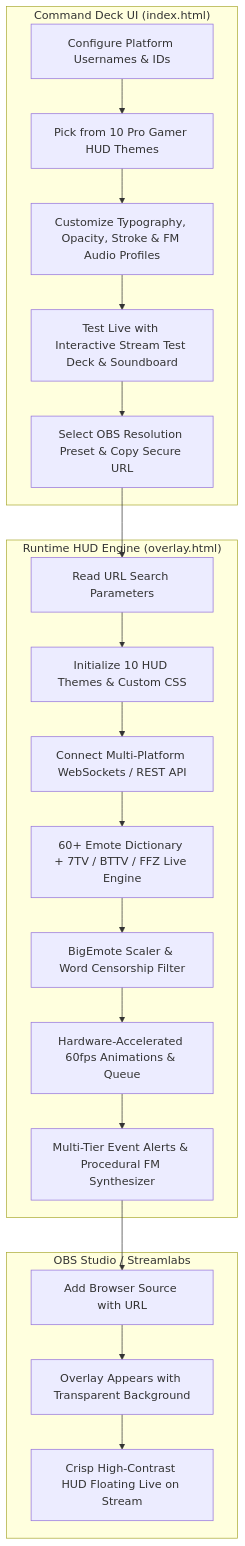
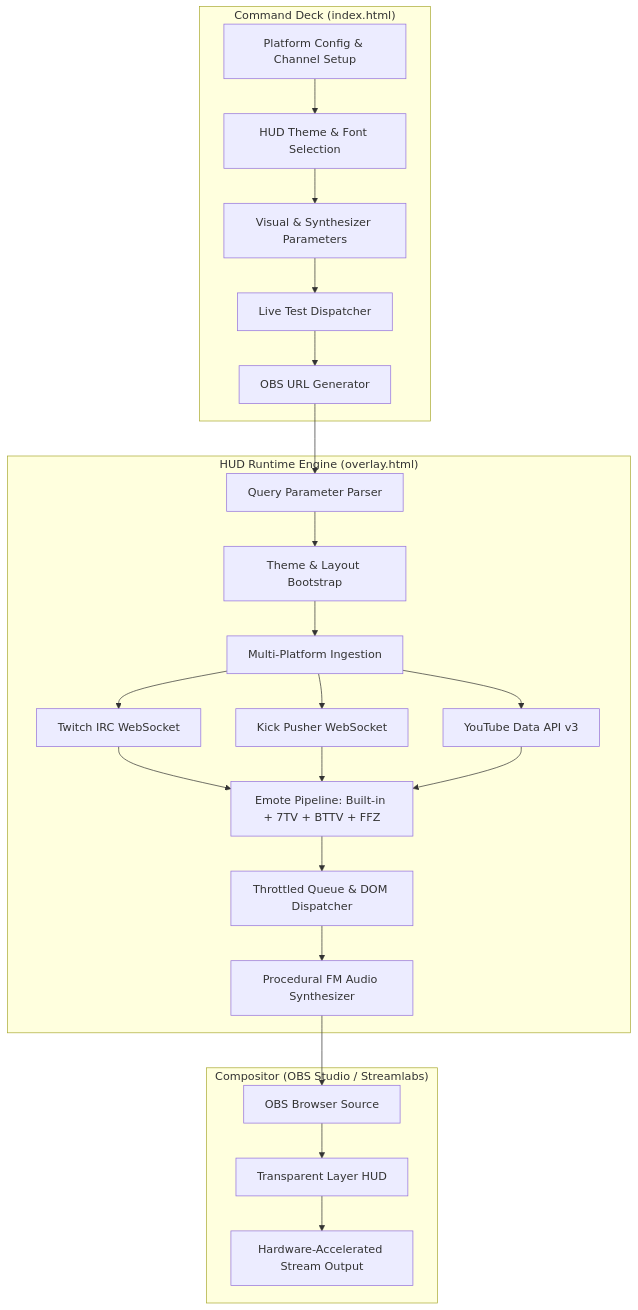
Before and after one commit to GamingOP69/Chat-overlay: the diagram in HOW_TO_USE.mmd, drawn with Mermaid. The commit also changed other lines of this file and 3 other files, not shown here.

Commit message:
refactor: update documentation and enhance overlay architecture for improved clarity and functionality

````diff
--- a/HOW_TO_USE.mmd
+++ b/HOW_TO_USE.mmd
@@ -3,26 +1,26 @@
-```mermaid
 flowchart TD
-  subgraph Config ["Command Deck UI (index.html)"]
-    A[Configure Platform Usernames & IDs] --> B[Pick from 10 Pro Gamer HUD Themes]
-    B --> C[Customize Typography, Opacity, Stroke & FM Audio Profiles]
-    C --> D[Test Live with Interactive Stream Test Deck & Soundboard]
-    D --> E[Select OBS Resolution Preset & Copy Secure URL]
-  end
+    subgraph ConfigDeck ["Command Deck (index.html)"]
+        A[Platform Config & Channel Setup] --> B[HUD Theme & Font Selection]
+        B --> C[Visual & Synthesizer Parameters]
+        C --> D[Live Test Dispatcher]
+        D --> E[OBS URL Generator]
+    end
 
-  subgraph Engine ["Runtime HUD Engine (overlay.html)"]
-    F[Read URL Search Parameters] --> G[Initialize 10 HUD Themes & Custom CSS]
-    G --> H[Connect Multi-Platform WebSockets / REST API]
-    H --> I[60+ Emote Dictionary + 7TV / BTTV / FFZ Live Engine]
-    I --> J[BigEmote Scaler & Word Censorship Filter]
-    J --> K[Hardware-Accelerated 60fps Animations & Queue]
-    K --> L[Multi-Tier Event Alerts & Procedural FM Synthesizer]
-  end
+    subgraph OverlayRuntime ["HUD Runtime Engine (overlay.html)"]
+        F[Query Parameter Parser] --> G[Theme & Layout Bootstrap]
+        G --> H[Multi-Platform Ingestion]
+        H --> I[Twitch IRC WebSocket]
+        H --> J[Kick Pusher WebSocket]
+        H --> K[YouTube Data API v3]
+        I & J & K --> L[Emote Pipeline: Built-in + 7TV + BTTV + FFZ]
+        L --> M[Throttled Queue & DOM Dispatcher]
+        M --> N[Procedural FM Audio Synthesizer]
+    end
 
-  subgraph Stream ["OBS Studio / Streamlabs"]
-    M[Add Browser Source with URL] --> N[Overlay Appears with Transparent Background]
-    N --> O[Crisp High-Contrast HUD Floating Live on Stream]
-  end
+    subgraph BroadcastTarget ["Compositor (OBS Studio / Streamlabs)"]
+        O[OBS Browser Source] --> P[Transparent Layer HUD]
+        P --> Q[Hardware-Accelerated Stream Output]
+    end
 
-  E --> F
-  L --> M
-```
+    E --> F
+    N --> O
````
